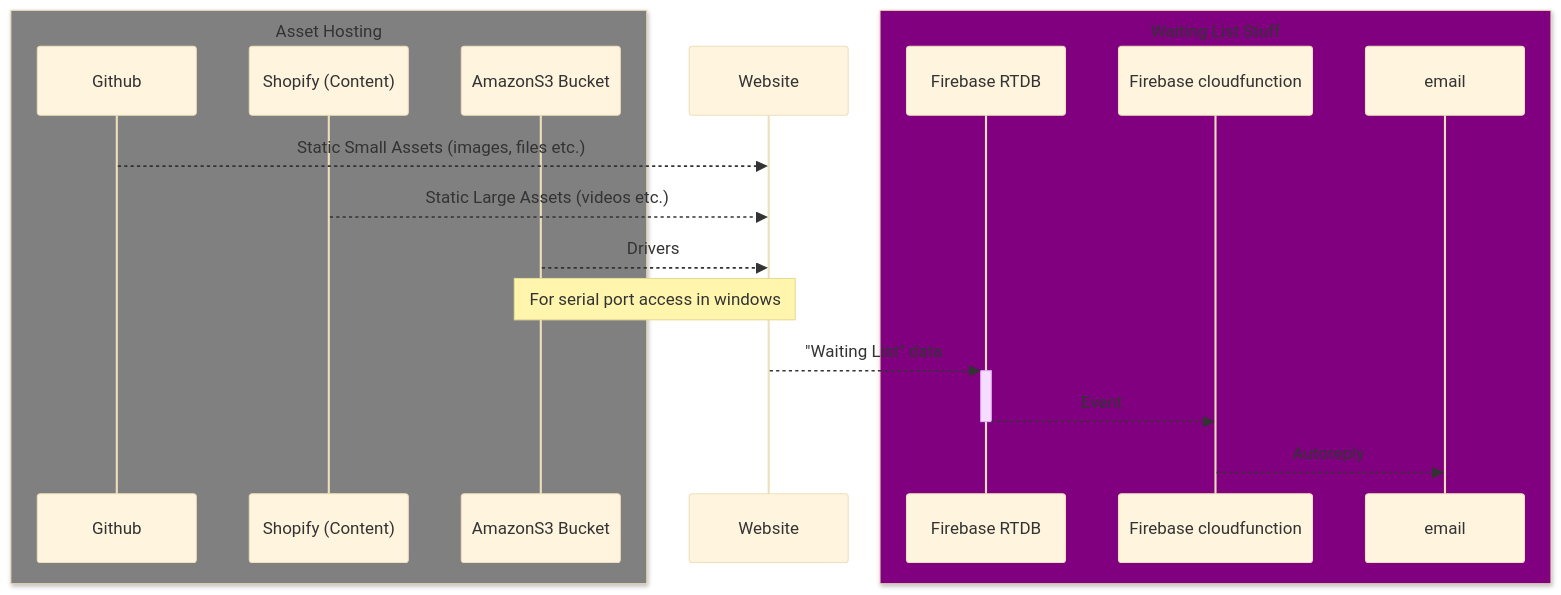
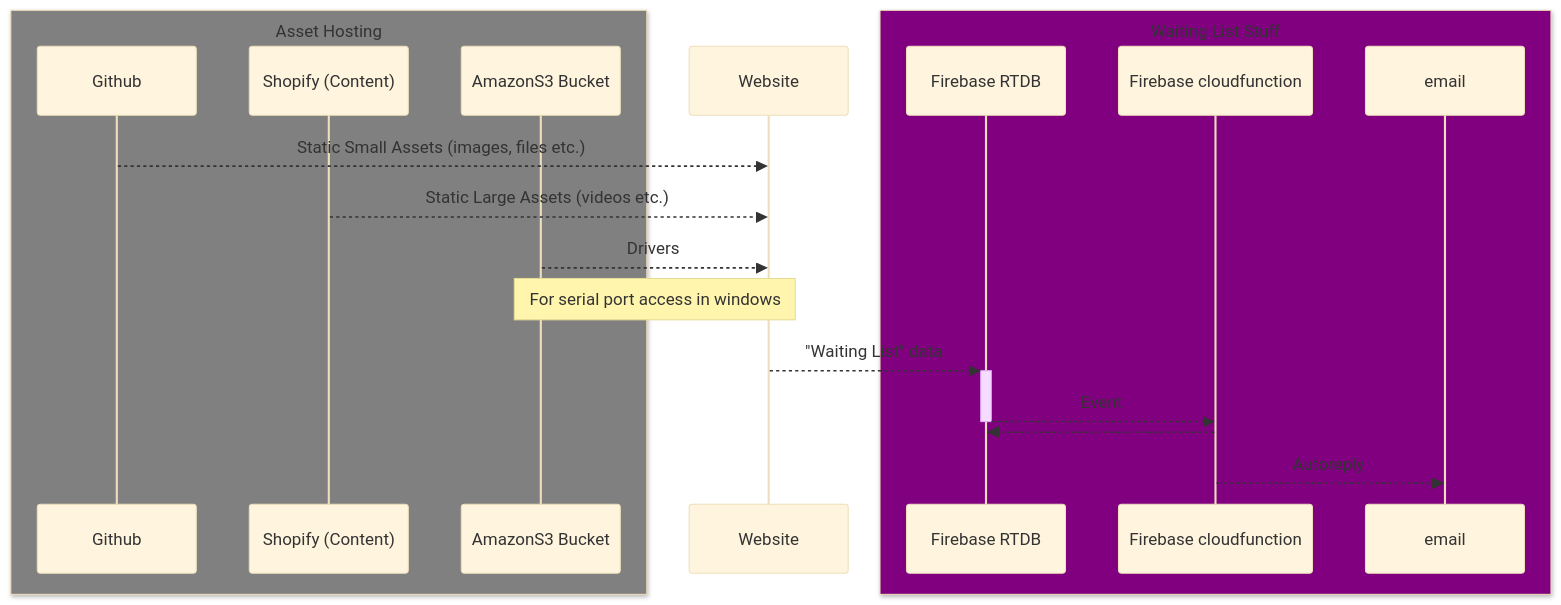
Before and after one commit to devATdbsutdio/dattabaumstudio.com: the diagram in README.md, drawn with Mermaid (base theme).

````diff
--- a/README.md
+++ b/README.md
@@ -34,22 +34,23 @@
 ```mermaid
 sequenceDiagram
       box Gray Asset Hosting 
       Participant Github
       Participant Shopify (Content)
       Participant AmazonS3 Bucket
       end
       participant Website
       box Purple Waiting List Stuff 
       participant Firebase RTDB
       participant Firebase cloudfunction
       Participant email
       end
-      
       Github-->>Website: Static Small Assets (images, files etc.)
       Shopify (Content)-->>Website: Static Large Assets (videos etc.)
       AmazonS3 Bucket-->>Website: Drivers
       Note over AmazonS3 Bucket,Website : For serial port access in windows
       Website-->>+Firebase RTDB: "Waiting List" data
       Firebase RTDB-->>-Firebase cloudfunction: Event
+      Firebase cloudfunction-->>Firebase RTDB: 
       Firebase cloudfunction-->>email: Autoreply
+      
 ```
````
